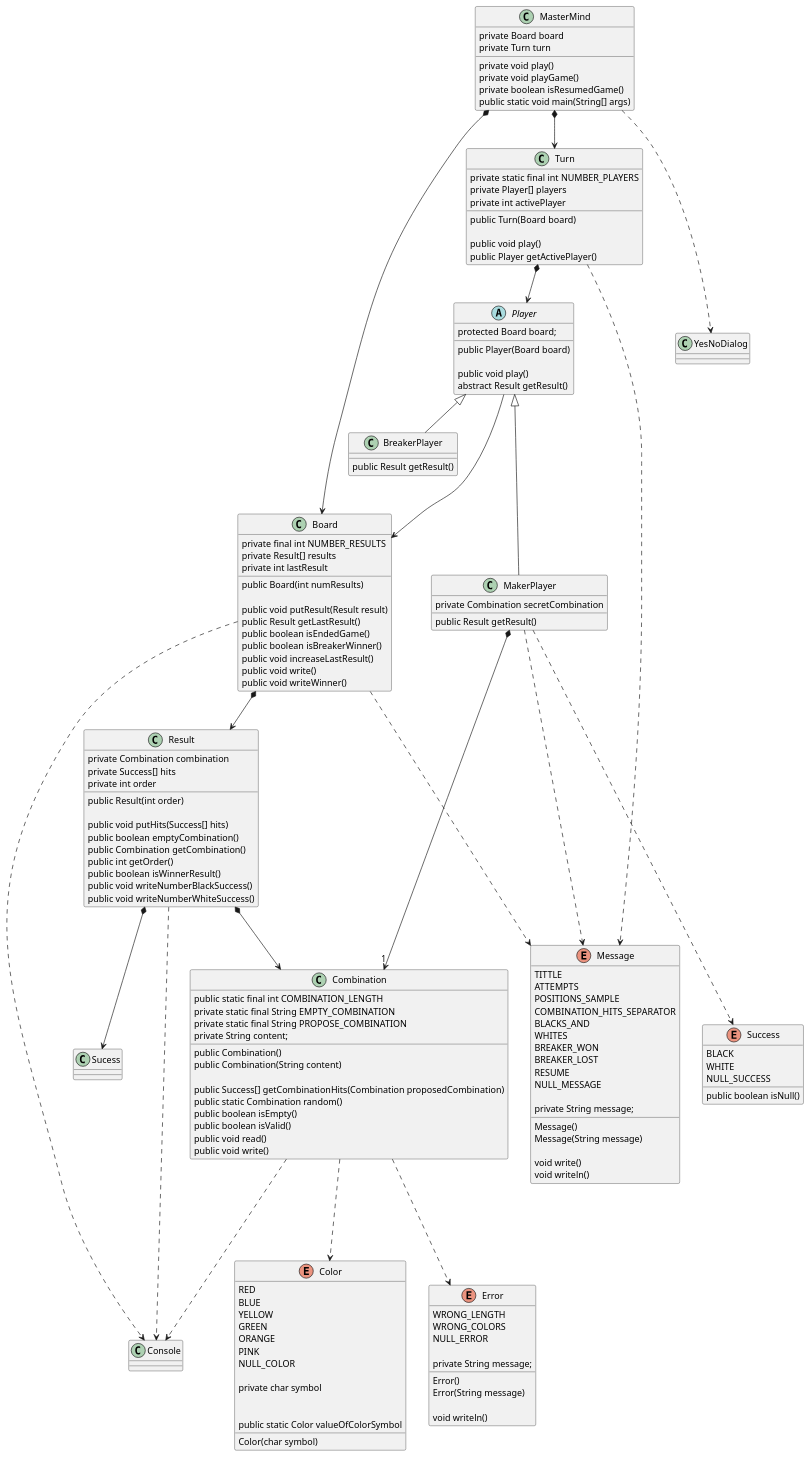
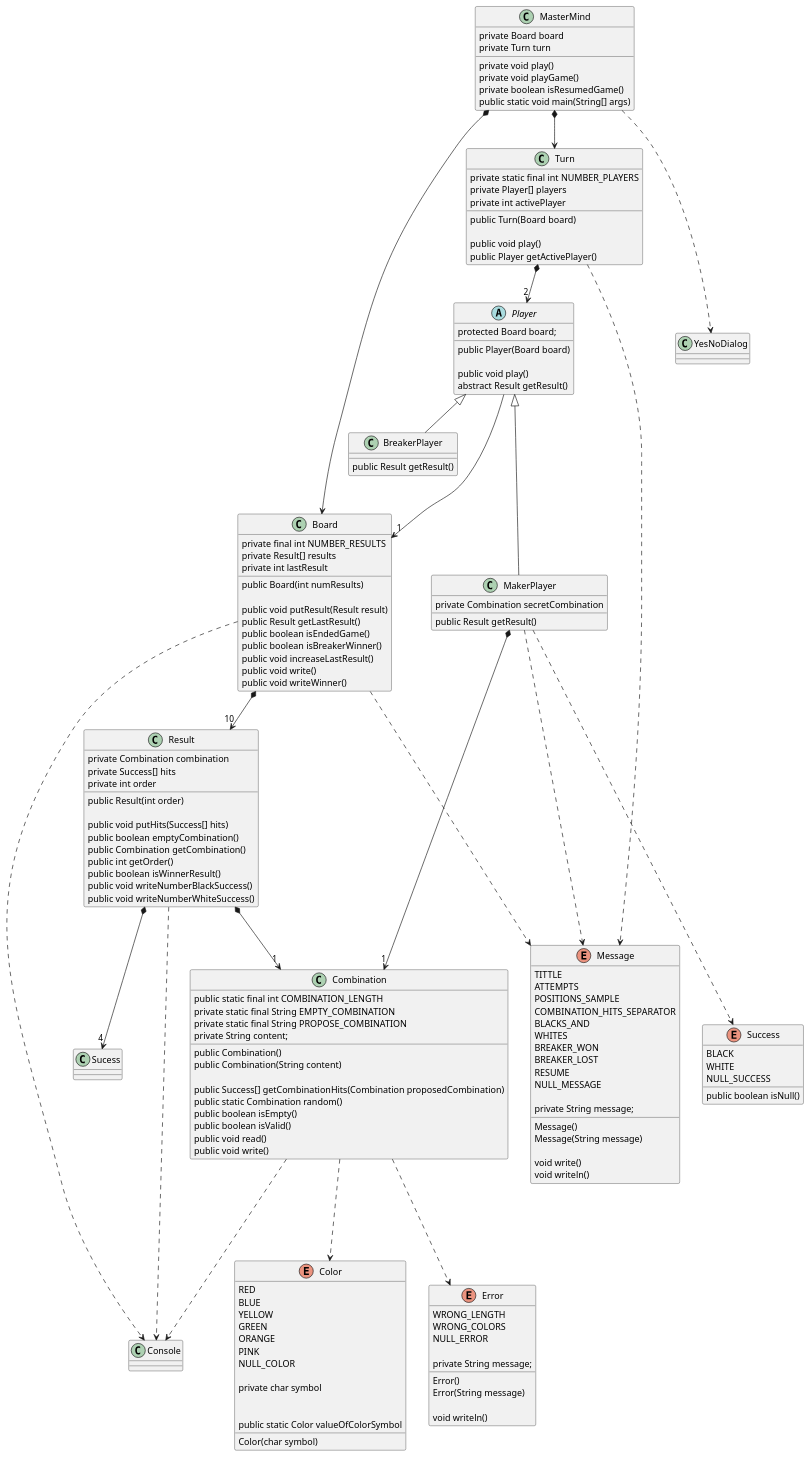
The diagram in domain-model.puml (atuncontomate/mastercloudapps-mastermind), drawn with PlantUML before and after one commit.

Commit message:
Updated domainModel UML

```diff
--- a/domain-model.puml
+++ b/domain-model.puml
@@ -1,175 +1,175 @@
 @startuml
 class MasterMind {
     private Board board
     private Turn turn
 
     private void play()
     private void playGame()
     private boolean isResumedGame()
     public static void main(String[] args)
 }
 
 class Board {
     private final int NUMBER_RESULTS
     private Result[] results
     private int lastResult
 
     public Board(int numResults)
 
     public void putResult(Result result)
     public Result getLastResult()
     public boolean isEndedGame()
     public boolean isBreakerWinner()
     public void increaseLastResult()
     public void write()
     public void writeWinner()
 }
 
 class Turn {
     private static final int NUMBER_PLAYERS
     private Player[] players
     private int activePlayer
 
     public Turn(Board board)
 
     public void play()
     public Player getActivePlayer()
 }
 
 class Result {
     private Combination combination
     private Success[] hits
     private int order
 
     public Result(int order)
 
     public void putHits(Success[] hits)
     public boolean emptyCombination()
     public Combination getCombination()
     public int getOrder()
     public boolean isWinnerResult()
     public void writeNumberBlackSuccess()
     public void writeNumberWhiteSuccess()
 }
 
 
 abstract class Player {
     protected Board board;
 
     public Player(Board board)
 
     public void play()
     abstract Result getResult()
 }
 
 class BreakerPlayer extends Player{
     public Result getResult()
 }
 
 class MakerPlayer extends Player{
     private Combination secretCombination
     public Result getResult()
 }
 
 class Combination {
     public static final int COMBINATION_LENGTH
     private static final String EMPTY_COMBINATION
     private static final String PROPOSE_COMBINATION
     private String content;
 
     public Combination()
     public Combination(String content)
 
     public Success[] getCombinationHits(Combination proposedCombination)
     public static Combination random()
     public boolean isEmpty()
     public boolean isValid()
     public void read()
     public void write()
 }
 
 enum Success {
 	BLACK
 	WHITE
 	NULL_SUCCESS
 
 	public boolean isNull()
 }
 enum Color {
 	RED
 	BLUE
 	YELLOW
 	GREEN
 	ORANGE
 	PINK
 	NULL_COLOR
 
 	private char symbol
 
 	Color(char symbol)
 
 	public static Color valueOfColorSymbol
 }
 
 enum Error {
 	WRONG_LENGTH
 	WRONG_COLORS
 	NULL_ERROR
 
 	private String message;
 
 	Error()
 	Error(String message)
 
 	void writeln()
 }
 
 enum Message {
     TITTLE
     ATTEMPTS
     POSITIONS_SAMPLE
     COMBINATION_HITS_SEPARATOR
     BLACKS_AND
     WHITES
     BREAKER_WON
     BREAKER_LOST
     RESUME
     NULL_MESSAGE
 
     private String message;
 
     Message()
     Message(String message)
 
     void write()
     void writeln()
 }
 
 class Console
 class YesNoDialog
 
 MasterMind *--> Board
 MasterMind *--> Turn
 MasterMind ...> YesNoDialog
 MakerPlayer ...> Message
 
-Board *--> Result
+Board *--> "10" Result
 Board ...> Console
 Board ...> Message
 
-Turn *--> Player
+Turn *--> "2" Player
 Turn ...> Message
 
-Result *--> Combination
-Result *--> Sucess
+Result *--> "1" Combination
+Result *--> "4" Sucess
 Result ...> Console
 
-Player ---> Board
+Player ---> "1" Board
 MakerPlayer *--> "1" Combination
 MakerPlayer ...> Success
 
 Combination ...> Console
 Combination ...> Color
 Combination ...> Error
 
 @enduml
```
